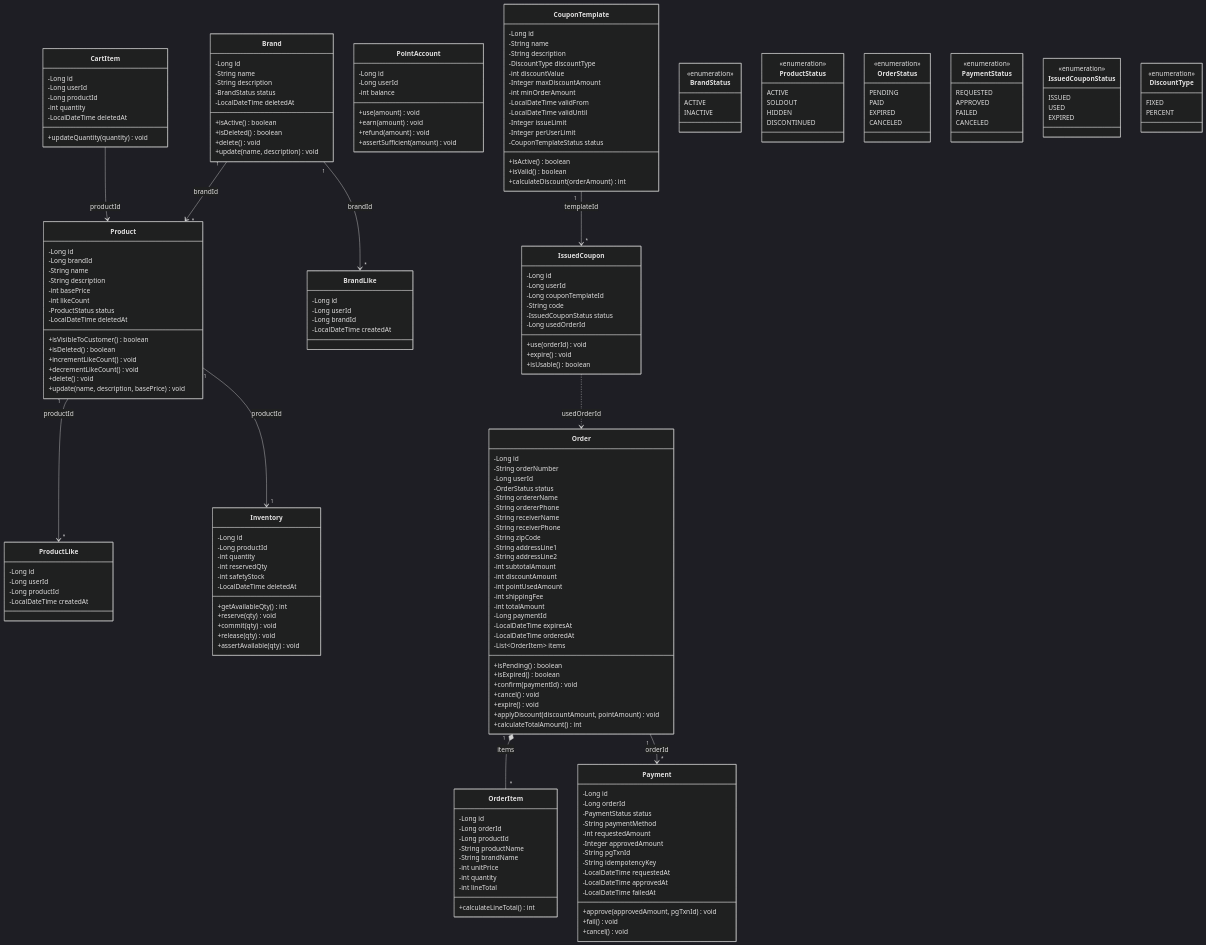
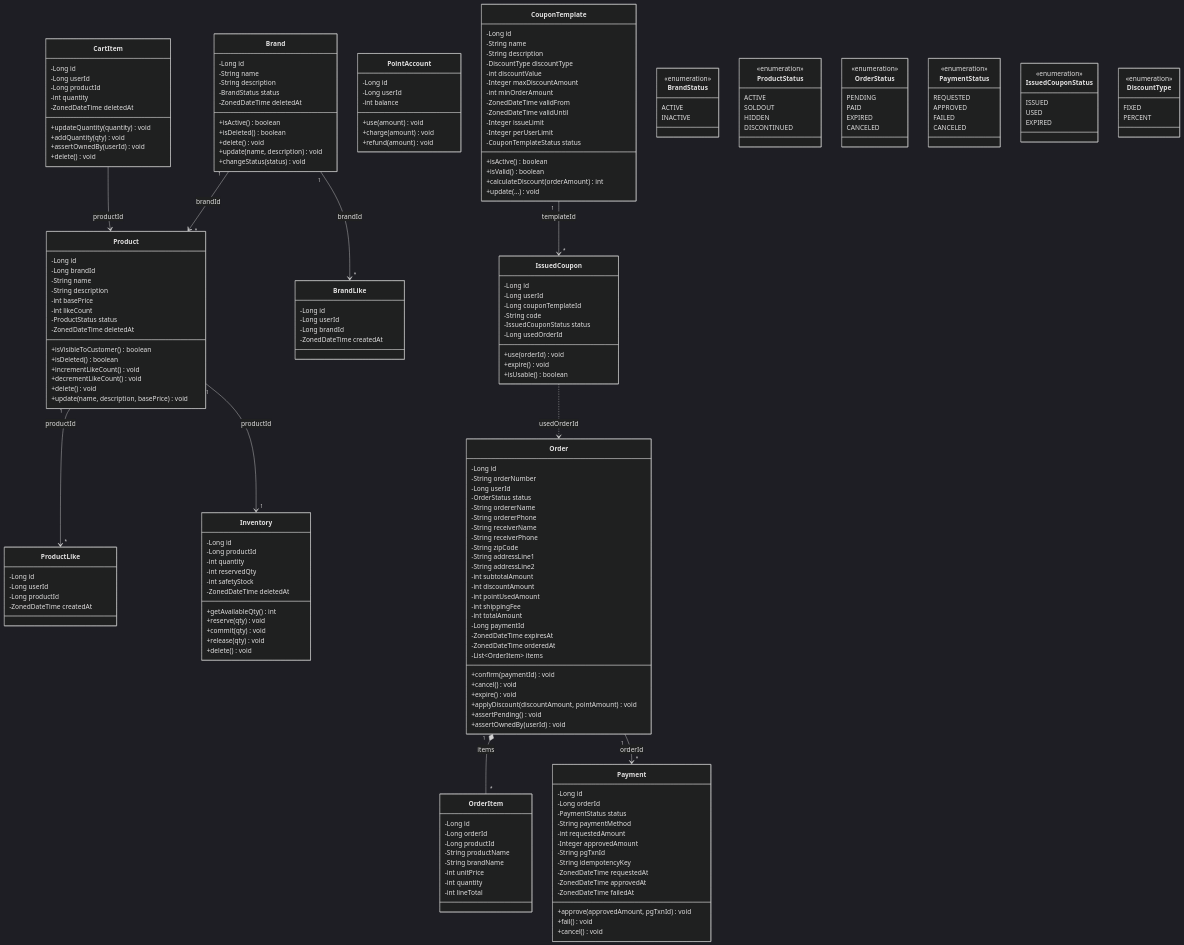
One commit to Loopers-dev-lab/loop-pack-be-l2-vol3-java changed the diagram in .docs/design/03-class-diagram.md. Above: the diagram before and after it, drawn with Mermaid (dark theme). The commit also changed other lines of this file and 1 other file, not shown here.

Commit message:
docs: 핵심 도메인 설계 문서 수정 (요구사항, 클래스)

```diff
--- a/.docs/design/03-class-diagram.md
+++ b/.docs/design/03-class-diagram.md
@@ -22,11 +22,12 @@
         -String name
         -String description
         -BrandStatus status
-        -LocalDateTime deletedAt
+        -ZonedDateTime deletedAt
         +isActive() boolean
         +isDeleted() boolean
         +delete() void
         +update(name, description) void
+        +changeStatus(status) void
     }
 
     class Product {
@@ -37,7 +38,7 @@
         -int basePrice
         -int likeCount
         -ProductStatus status
-        -LocalDateTime deletedAt
+        -ZonedDateTime deletedAt
         +isVisibleToCustomer() boolean
         +isDeleted() boolean
         +incrementLikeCount() void
@@ -50,14 +51,14 @@
         -Long id
         -Long userId
         -Long productId
-        -LocalDateTime createdAt
+        -ZonedDateTime createdAt
     }
 
     class BrandLike {
         -Long id
         -Long userId
         -Long brandId
-        -LocalDateTime createdAt
+        -ZonedDateTime createdAt
     }
 
     class CartItem {
@@ -65,8 +66,11 @@
         -Long userId
         -Long productId
         -int quantity
-        -LocalDateTime deletedAt
+        -ZonedDateTime deletedAt
         +updateQuantity(quantity) void
+        +addQuantity(qty) void
+        +assertOwnedBy(userId) void
+        +delete() void
     }
 
     class Inventory {
@@ -75,12 +79,12 @@
         -int quantity
         -int reservedQty
         -int safetyStock
-        -LocalDateTime deletedAt
+        -ZonedDateTime deletedAt
         +getAvailableQty() int
         +reserve(qty) void
         +commit(qty) void
         +release(qty) void
-        +assertAvailable(qty) void
+        +delete() void
     }
 
     class Order {
@@ -101,16 +105,15 @@
         -int shippingFee
         -int totalAmount
         -Long paymentId
-        -LocalDateTime expiresAt
-        -LocalDateTime orderedAt
+        -ZonedDateTime expiresAt
+        -ZonedDateTime orderedAt
         -List~OrderItem~ items
-        +isPending() boolean
-        +isExpired() boolean
         +confirm(paymentId) void
         +cancel() void
         +expire() void
         +applyDiscount(discountAmount, pointAmount) void
-        +calculateTotalAmount() int
+        +assertPending() void
+        +assertOwnedBy(userId) void
     }
 
     class OrderItem {
@@ -122,7 +125,6 @@
         -int unitPrice
         -int quantity
         -int lineTotal
-        +calculateLineTotal() int
     }
 
     class Payment {
@@ -134,9 +136,9 @@
         -Integer approvedAmount
         -String pgTxnId
         -String idempotencyKey
-        -LocalDateTime requestedAt
-        -LocalDateTime approvedAt
-        -LocalDateTime failedAt
+        -ZonedDateTime requestedAt
+        -ZonedDateTime approvedAt
+        -ZonedDateTime failedAt
         +approve(approvedAmount, pgTxnId) void
         +fail() void
         +cancel() void
@@ -147,9 +149,8 @@
         -Long userId
         -int balance
         +use(amount) void
-        +earn(amount) void
+        +charge(amount) void
         +refund(amount) void
-        +assertSufficient(amount) void
     }
 
     class CouponTemplate {
@@ -160,14 +161,15 @@
         -int discountValue
         -Integer maxDiscountAmount
         -int minOrderAmount
-        -LocalDateTime validFrom
-        -LocalDateTime validUntil
+        -ZonedDateTime validFrom
+        -ZonedDateTime validUntil
         -Integer issueLimit
         -Integer perUserLimit
         -CouponTemplateStatus status
         +isActive() boolean
         +isValid() boolean
         +calculateDiscount(orderAmount) int
+        +update(...) void
     }
 
     class IssuedCoupon {
```
